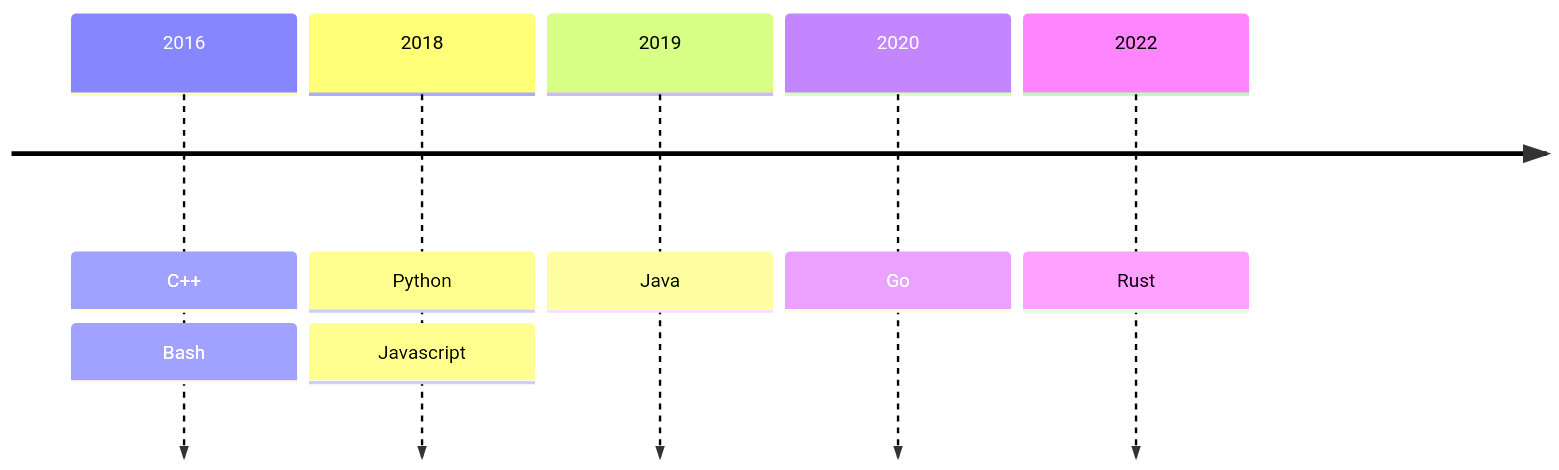
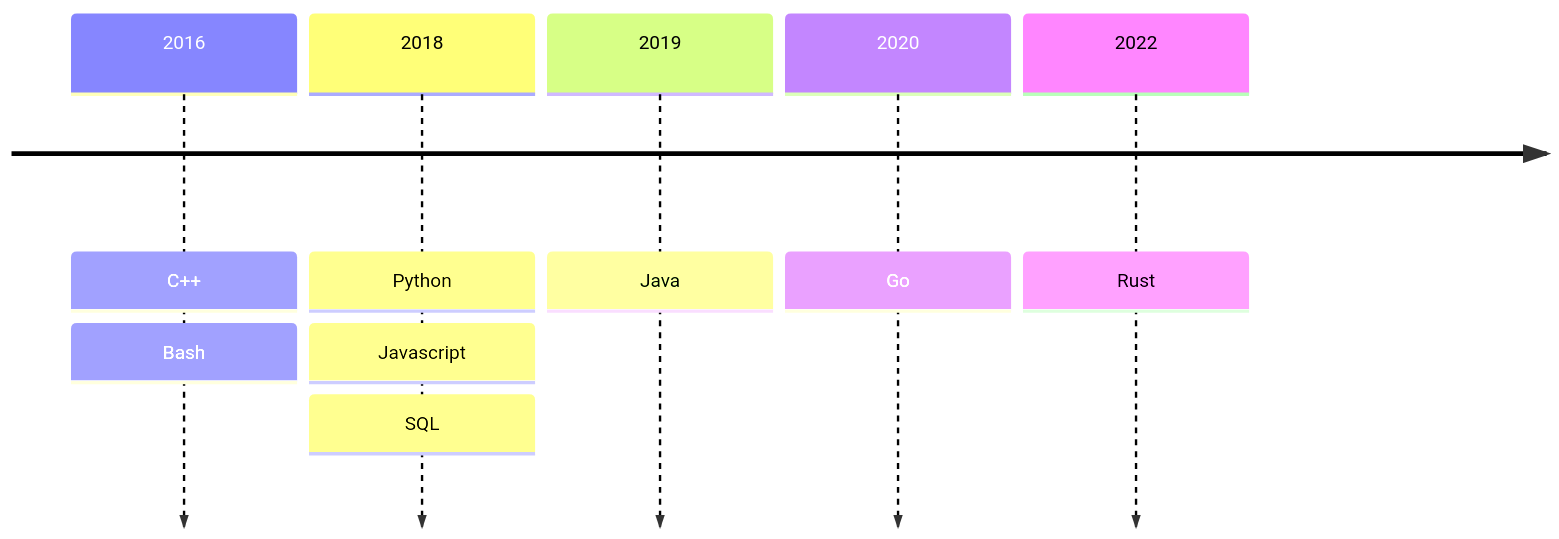
The diagram in content/CV/skills/programming-languages.md (divad1196/cv_david_hugoframework), drawn with Mermaid before and after one commit. The commit also changed 16 other files, not shown here.

````diff
--- a/content/CV/skills/programming-languages.md
+++ b/content/CV/skills/programming-languages.md
@@ -13,10 +13,11 @@
 ```mermaid
 timeline
     2016 : C++
          : Bash
     2018 : Python
          : Javascript
+         : SQL
     2019 : Java
     2020 : Go
     2022 : Rust
 ```
````
